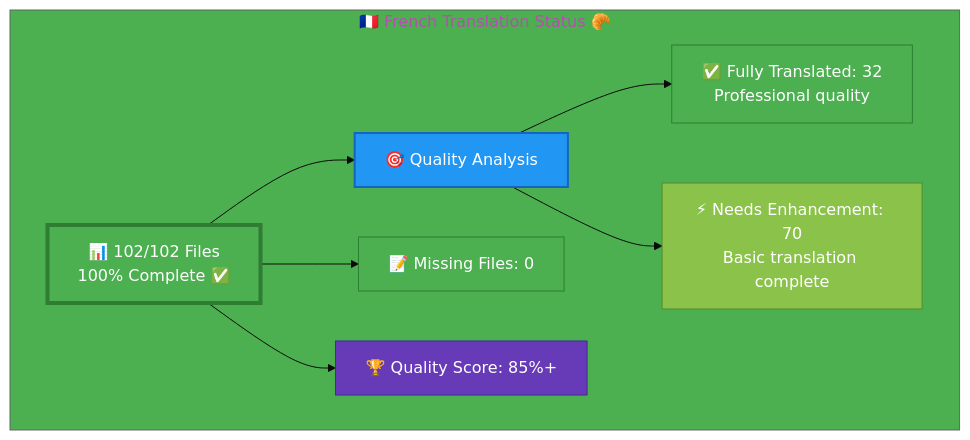
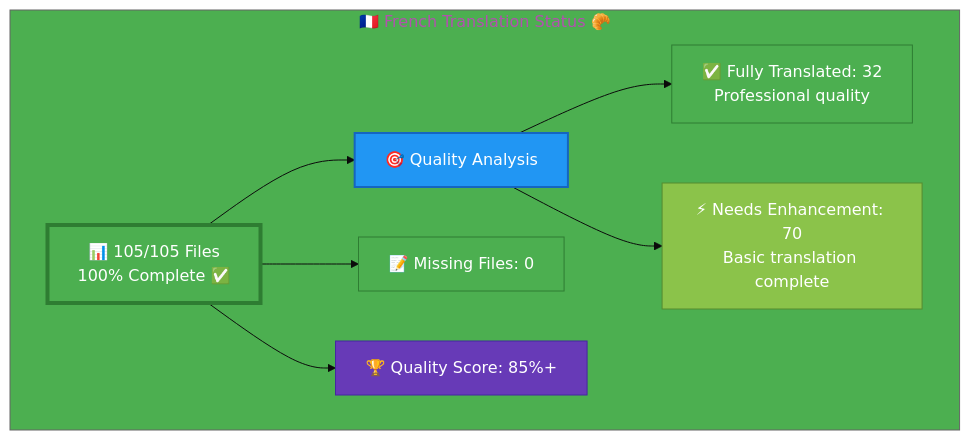
Before and after one commit to Hack23/homepage: the diagram in French-Translation-Status.md, drawn with Mermaid. The commit also changed other lines of this file and 2 other files, not shown here.

First line of the commit message:
feat(i18n): complete French translations for European Parliament MCP product pages (#1179)

````diff
--- a/French-Translation-Status.md
+++ b/French-Translation-Status.md
@@ -12,22 +12,22 @@
 ```mermaid
 %%{init: {'theme':'base', 'themeVariables': {'primaryColor':'#4CAF50','secondaryColor':'#2196F3','tertiaryColor':'#4CAF50','fontSize':'16px'}}}%%
 graph TB
     subgraph "🇫🇷 French Translation Status 🥐"
-        A["📊 102/102 Files<br/>100% Complete ✅"]
+        A["📊 105/105 Files<br/>100% Complete ✅"]
         
         A --> B["🎯 Quality Analysis"]
         B --> C["✅ Fully Translated: 32<br/>Professional quality"]
         B --> D["⚡ Needs Enhancement: 70<br/>Basic translation complete"]
         
         A --> G["📝 Missing Files: 0"]
         
         A --> H["🏆 Quality Score: 85%+"]
         
         style A fill:#4CAF50,stroke:#2E7D32,color:#fff,stroke-width:4px
         style B fill:#2196F3,stroke:#1565C0,color:#fff,stroke-width:2px
         style C fill:#4CAF50,stroke:#2E7D32,color:#fff
         style D fill:#8BC34A,stroke:#558B2F,color:#fff
         style G fill:#4CAF50,stroke:#2E7D32,color:#fff
         style H fill:#673AB7,stroke:#4527A0,color:#fff
     end
 ```
````
